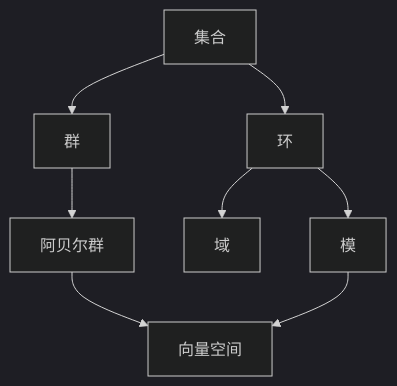
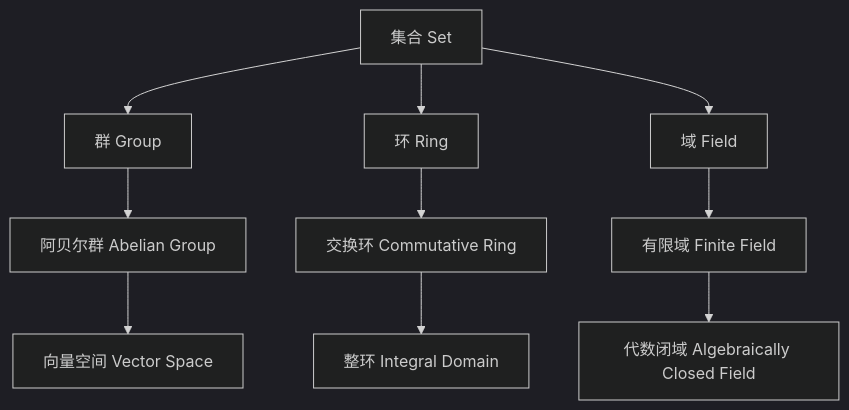
One commit to AdaMartin18010/Mathematics changed the first of 2 diagrams in Math/Refactor/03-代数结构与理论/00-代数结构与理论总览.md. Above: the diagram before and after it, drawn with Mermaid (dark theme). The commit also changed other lines of this file and 2 other files, not shown here.

````diff
--- a/Math/Refactor/03-代数结构与理论/00-代数结构与理论总览.md
+++ b/Math/Refactor/03-代数结构与理论/00-代数结构与理论总览.md
@@ -156,10 +32,12 @@
 ```mermaid
 graph TD
-    A[集合] --> B[群]
-    A --> C[环]
-    B --> D[阿贝尔群]
-    C --> E[域]
-    C --> F[模]
-    D --> G[向量空间]
-    F --> G
+    A[集合 Set] --> B[群 Group]
+    A --> C[环 Ring]
+    A --> D[域 Field]
+    B --> E[阿贝尔群 Abelian Group]
+    C --> F[交换环 Commutative Ring]
+    D --> G[有限域 Finite Field]
+    E --> H[向量空间 Vector Space]
+    F --> I[整环 Integral Domain]
+    G --> J[代数闭域 Algebraically Closed Field]
 ```
````
